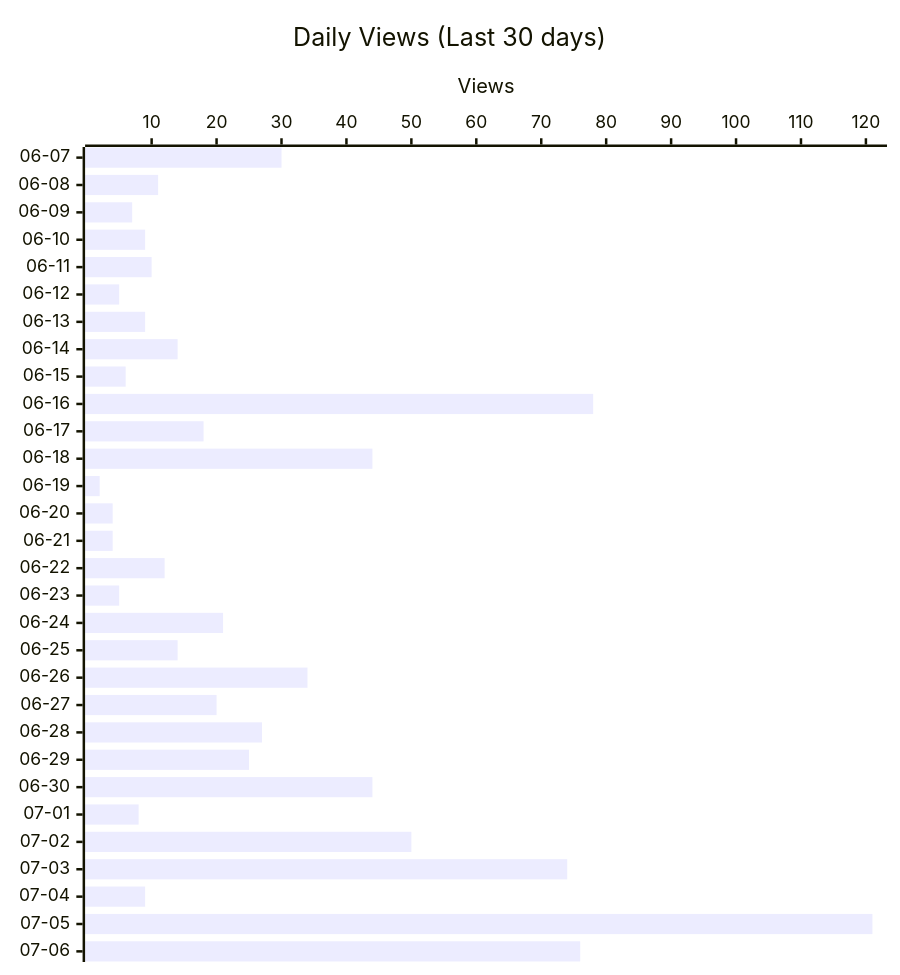
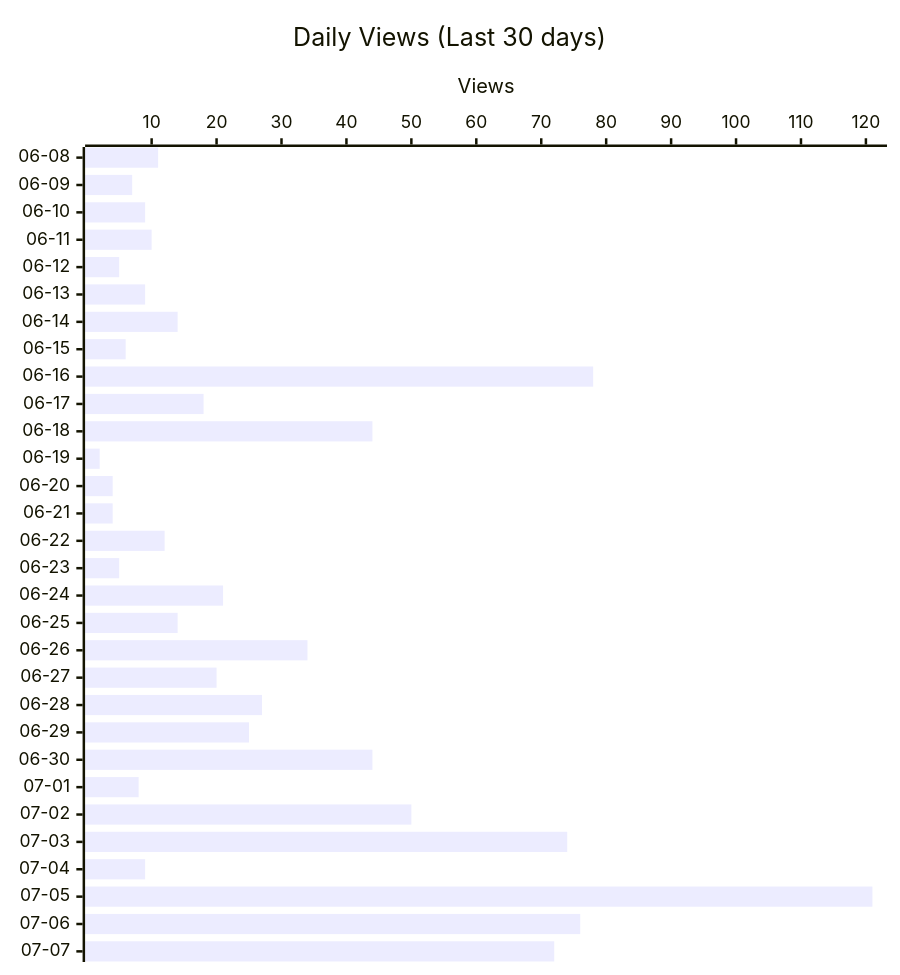
Before and after one commit to shigechika/github-insights: the second of 4 diagrams in README.md, drawn with Mermaid. The commit also changed other lines of this file and 2 other files, not shown here.

````diff
--- a/README.md
+++ b/README.md
@@ -28,12 +28,12 @@
 ```mermaid
 ---
 config:
   xyChart:
     height: 760
 ---
 xychart-beta horizontal
     title "Daily Views (Last 30 days)"
-    x-axis ["06-07", "06-08", "06-09", "06-10", "06-11", "06-12", "06-13", "06-14", "06-15", "06-16", "06-17", "06-18", "06-19", "06-20", "06-21", "06-22", "06-23", "06-24", "06-25", "06-26", "06-27", "06-28", "06-29", "06-30", "07-01", "07-02", "07-03", "07-04", "07-05", "07-06"]
+    x-axis ["06-08", "06-09", "06-10", "06-11", "06-12", "06-13", "06-14", "06-15", "06-16", "06-17", "06-18", "06-19", "06-20", "06-21", "06-22", "06-23", "06-24", "06-25", "06-26", "06-27", "06-28", "06-29", "06-30", "07-01", "07-02", "07-03", "07-04", "07-05", "07-06", "07-07"]
     y-axis "Views"
-    bar [30, 11, 7, 9, 10, 5, 9, 14, 6, 78, 18, 44, 2, 4, 4, 12, 5, 21, 14, 34, 20, 27, 25, 44, 8, 50, 74, 9, 121, 76]
+    bar [11, 7, 9, 10, 5, 9, 14, 6, 78, 18, 44, 2, 4, 4, 12, 5, 21, 14, 34, 20, 27, 25, 44, 8, 50, 74, 9, 121, 76, 72]
 ```
````
